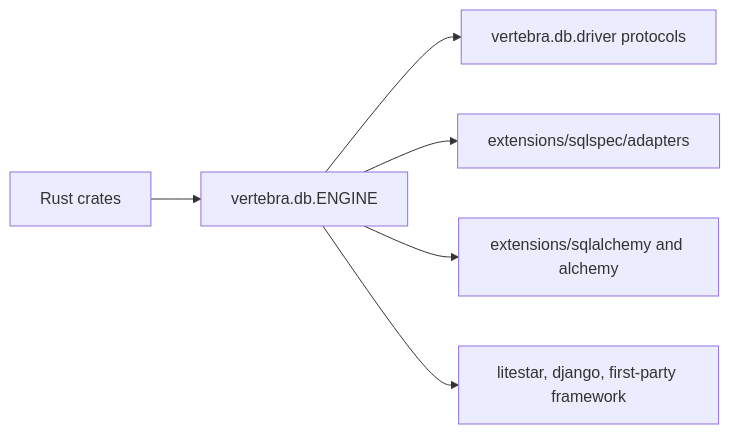
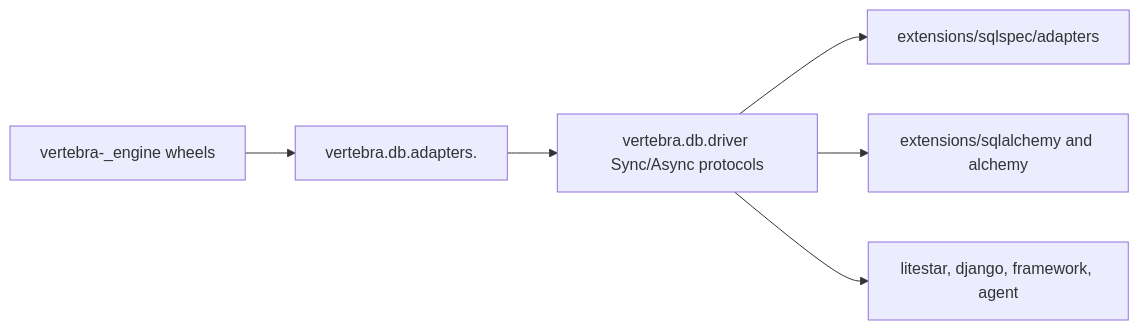
One commit to cofin/vertebra changed the diagram in .agents/bundles/specs/integration-remediation/spec.md. Above: the diagram before and after it, drawn with Mermaid. The commit also changed other lines of this file and 222 other files, not shown here.

First line of the commit message:
refactor: standardize leading Sync/Async class splits, VertebraPlugin names, and CLI extensions (#75)

````diff
--- a/.agents/bundles/specs/integration-remediation/spec.md
+++ b/.agents/bundles/specs/integration-remediation/spec.md
@@ -94,8 +78,8 @@
 ```mermaid
 flowchart LR
-    Rust["Rust crates"] --> Engine["vertebra.db.ENGINE"]
-    Engine --> Contracts["vertebra.db.driver protocols"]
-    Engine --> SQLSpec["extensions/sqlspec/adapters"]
-    Engine --> Alchemy["extensions/sqlalchemy and alchemy"]
-    Engine --> Fw["litestar, django, first-party framework"]
+    Rust["vertebra-_engine wheels"] --> Adapters["vertebra.db.adapters.<engine>"]
+    Adapters --> Contracts["vertebra.db.driver Sync/Async protocols"]
+    Contracts --> SQLSpec["extensions/sqlspec/adapters"]
+    Contracts --> Alchemy["extensions/sqlalchemy and alchemy"]
+    Contracts --> Fw["litestar, django, framework, agent"]
 ```
````
